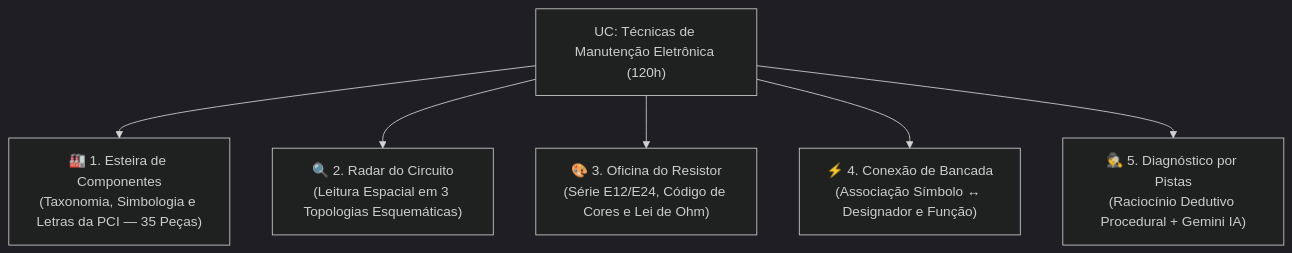
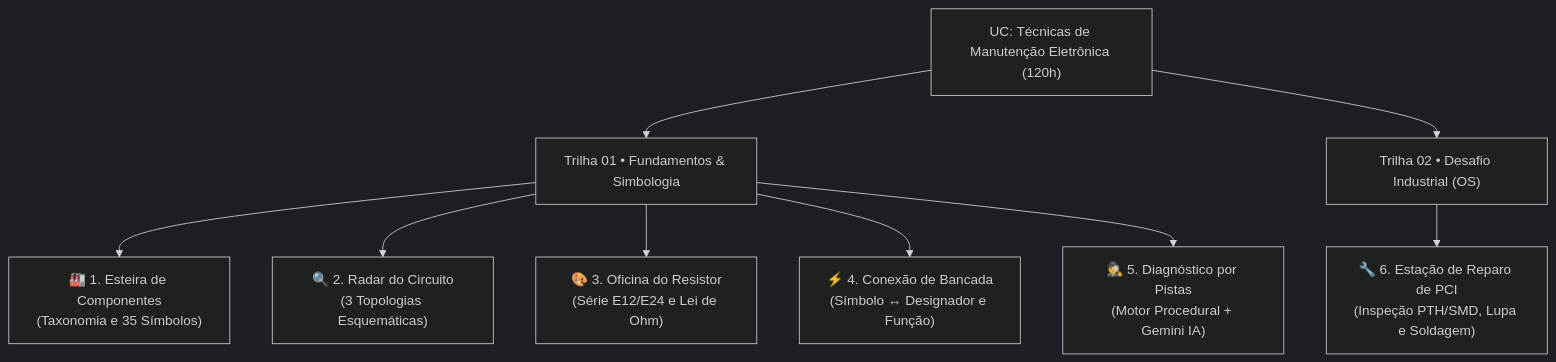
Before and after one commit to gabrielpiske/eletronics: the diagram in INTENCIONALIDADE_PEDAGOGICA.md, drawn with Mermaid (dark theme). The commit also changed other lines of this file and 18 other files, not shown here.

Commit message:
feat(minigames): adiciona Estacao de Reparo de PCI (OS industrial) e atualiza docs

````diff
--- a/INTENCIONALIDADE_PEDAGOGICA.md
+++ b/INTENCIONALIDADE_PEDAGOGICA.md
@@ -60,10 +60,15 @@
 ```mermaid
 flowchart TD
     UC["UC: Técnicas de Manutenção Eletrônica (120h)"]
     
-    UC --> MG1["🏭 1. Esteira de Componentes\n(Taxonomia, Simbologia e Letras da PCI — 35 Peças)"]
-    UC --> MG2["🔍 2. Radar do Circuito\n(Leitura Espacial em 3 Topologias Esquemáticas)"]
-    UC --> MG3["🎨 3. Oficina do Resistor\n(Série E12/E24, Código de Cores e Lei de Ohm)"]
-    UC --> MG4["⚡ 4. Conexão de Bancada\n(Associação Símbolo ↔ Designador e Função)"]
-    UC --> MG5["🕵️ 5. Diagnóstico por Pistas\n(Raciocínio Dedutivo Procedural + Gemini IA)"]
+    UC --> T1["Trilha 01 • Fundamentos & Simbologia"]
+    UC --> T2["Trilha 02 • Desafio Industrial (OS)"]
+    
+    T1 --> MG1["🏭 1. Esteira de Componentes\n(Taxonomia e 35 Símbolos)"]
+    T1 --> MG2["🔍 2. Radar do Circuito\n(3 Topologias Esquemáticas)"]
+    T1 --> MG3["🎨 3. Oficina do Resistor\n(Série E12/E24 e Lei de Ohm)"]
+    T1 --> MG4["⚡ 4. Conexão de Bancada\n(Símbolo ↔ Designador e Função)"]
+    T1 --> MG5["🕵️ 5. Diagnóstico por Pistas\n(Motor Procedural + Gemini IA)"]
+
+    T2 --> MG6["🔧 6. Estação de Reparo de PCI\n(Inspeção PTH/SMD, Lupa e Soldagem)"]
 ```
````
